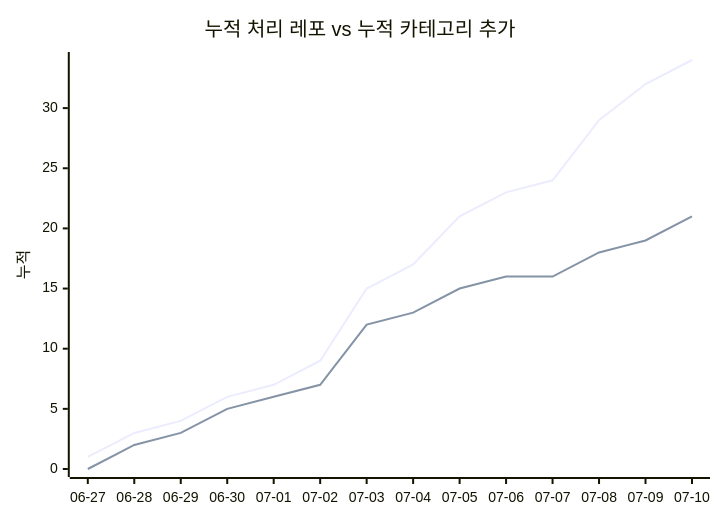
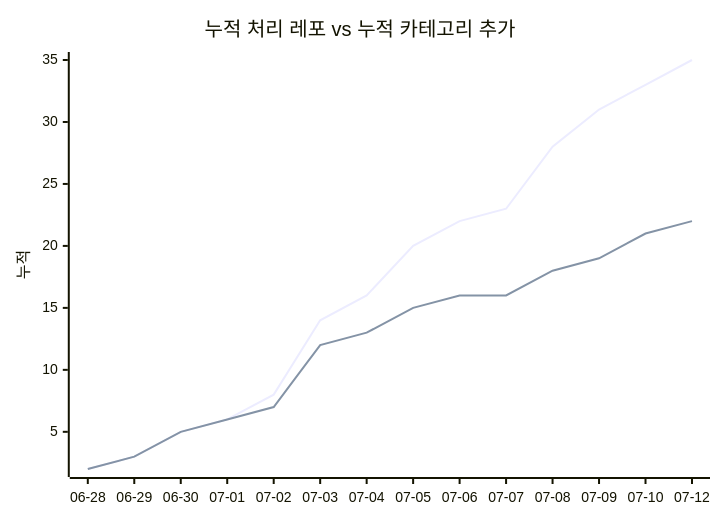
Before and after one commit to J-nowcow/awesome-korean-agent-skills: the second of 2 diagrams in docs/trends.md, drawn with Mermaid. The commit also changed other lines of this file and 3 other files, not shown here.

````diff
--- a/docs/trends.md
+++ b/docs/trends.md
@@ -68,8 +68,8 @@
 ```mermaid
 xychart-beta
     title "누적 처리 레포 vs 누적 카테고리 추가"
-    x-axis ["06-27","06-28","06-29","06-30","07-01","07-02","07-03","07-04","07-05","07-06","07-07","07-08","07-09","07-10"]
+    x-axis ["06-28","06-29","06-30","07-01","07-02","07-03","07-04","07-05","07-06","07-07","07-08","07-09","07-10","07-12"]
     y-axis "누적"
-    line [1,3,4,6,7,9,15,17,21,23,24,29,32,34]
-    line [0,2,3,5,6,7,12,13,15,16,16,18,19,21]
+    line [2,3,5,6,8,14,16,20,22,23,28,31,33,35]
+    line [2,3,5,6,7,12,13,15,16,16,18,19,21,22]
 ```
````
